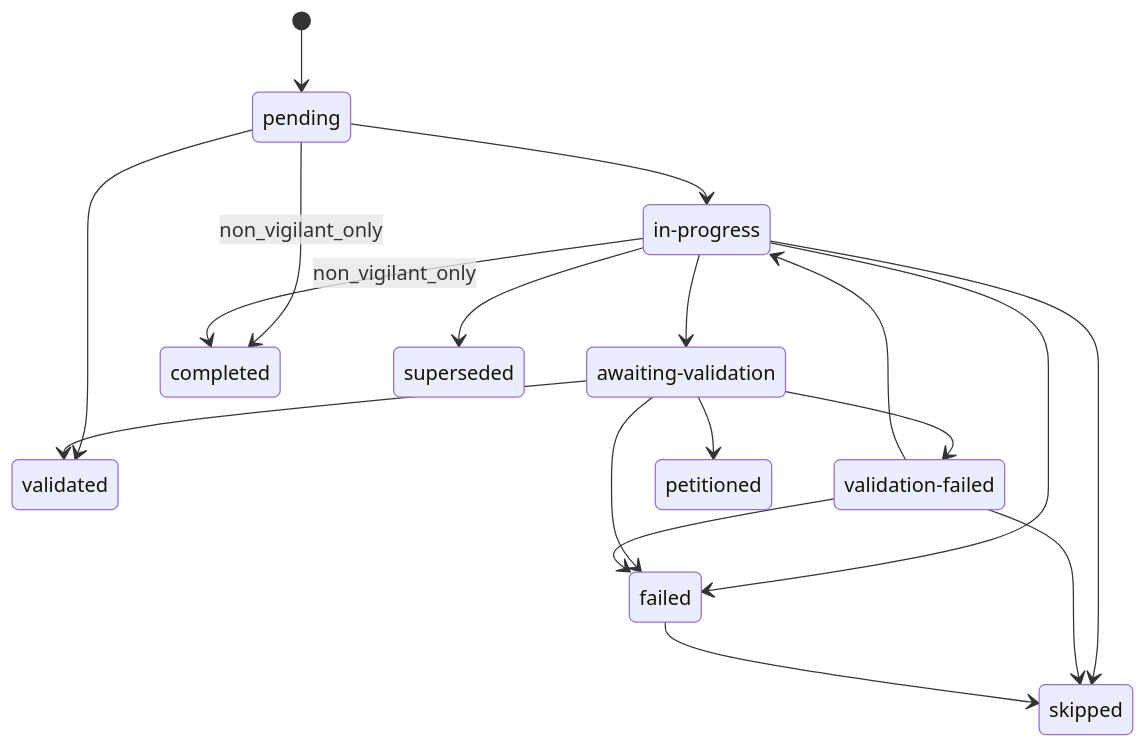
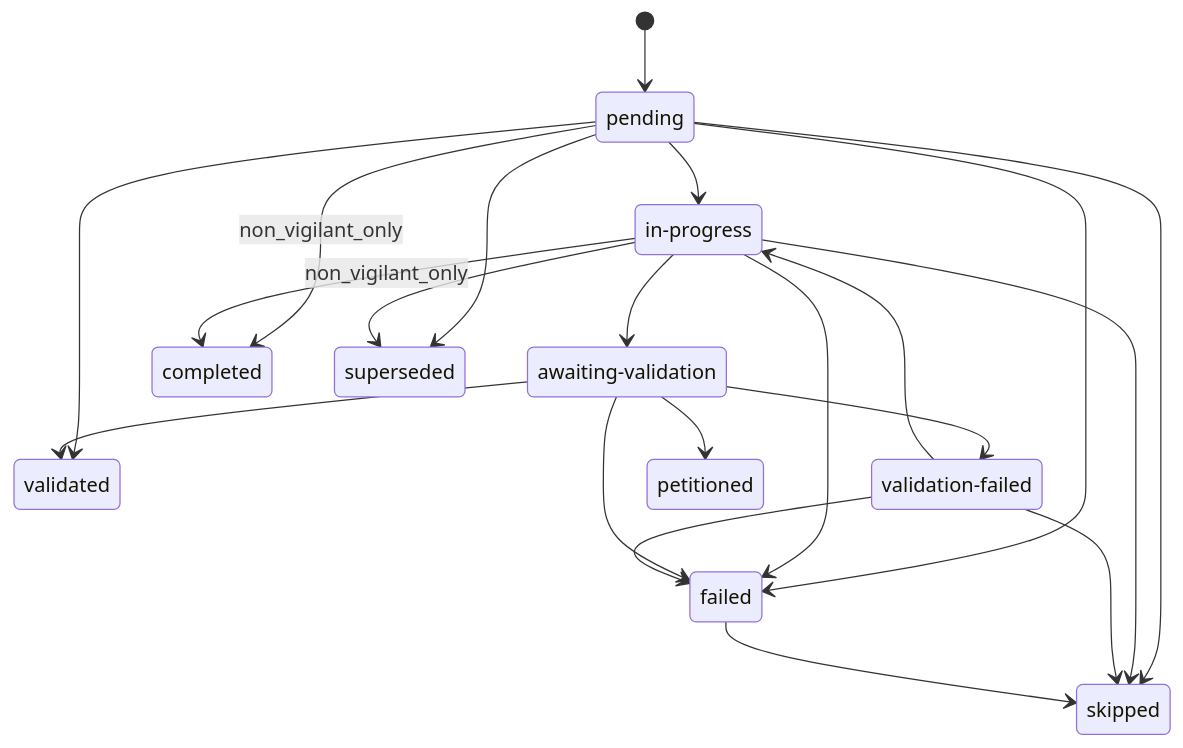
Before and after one commit to n-orlov/ralphd: the second of 2 diagrams in docs/architecture.md, drawn with Mermaid. The commit also changed other lines of this file and 7 other files, not shown here.

````diff
--- a/docs/architecture.md
+++ b/docs/architecture.md
@@ -374,30 +394,33 @@
 ```mermaid
 stateDiagram-v2
     state "pending" as pending
     state "in-progress" as in_progress
     state "awaiting-validation" as awaiting_validation
     state "validated" as validated
     state "validation-failed" as validation_failed
     state "completed" as completed
     state "failed" as failed
     state "skipped" as skipped
     state "petitioned" as petitioned
     state "superseded" as superseded
     [*] --> pending
     pending --> in_progress
     pending --> validated
+    pending --> failed
+    pending --> skipped
+    pending --> superseded
     in_progress --> awaiting_validation
     in_progress --> failed
     in_progress --> skipped
     in_progress --> superseded
     awaiting_validation --> validated
     awaiting_validation --> validation_failed
     awaiting_validation --> failed
     awaiting_validation --> petitioned
     validation_failed --> in_progress
     validation_failed --> failed
     validation_failed --> skipped
     failed --> skipped
     pending --> completed : non_vigilant_only
     in_progress --> completed : non_vigilant_only
 ```
````
